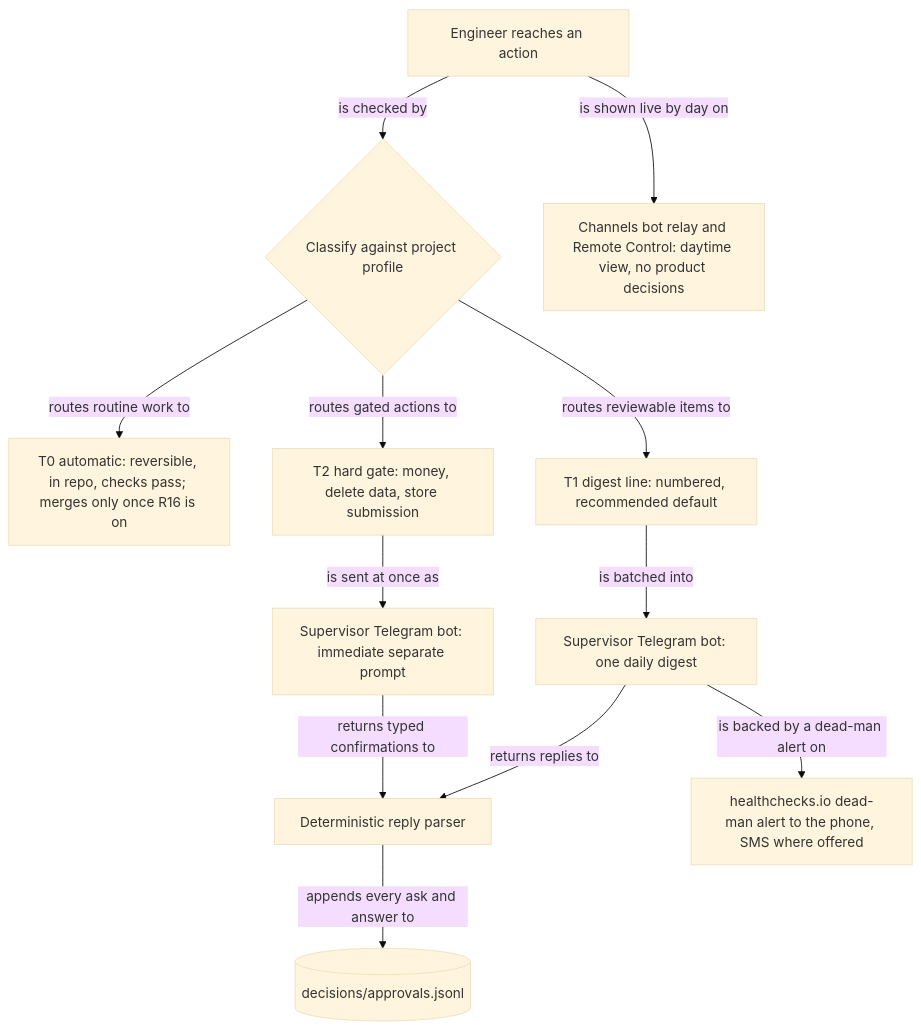
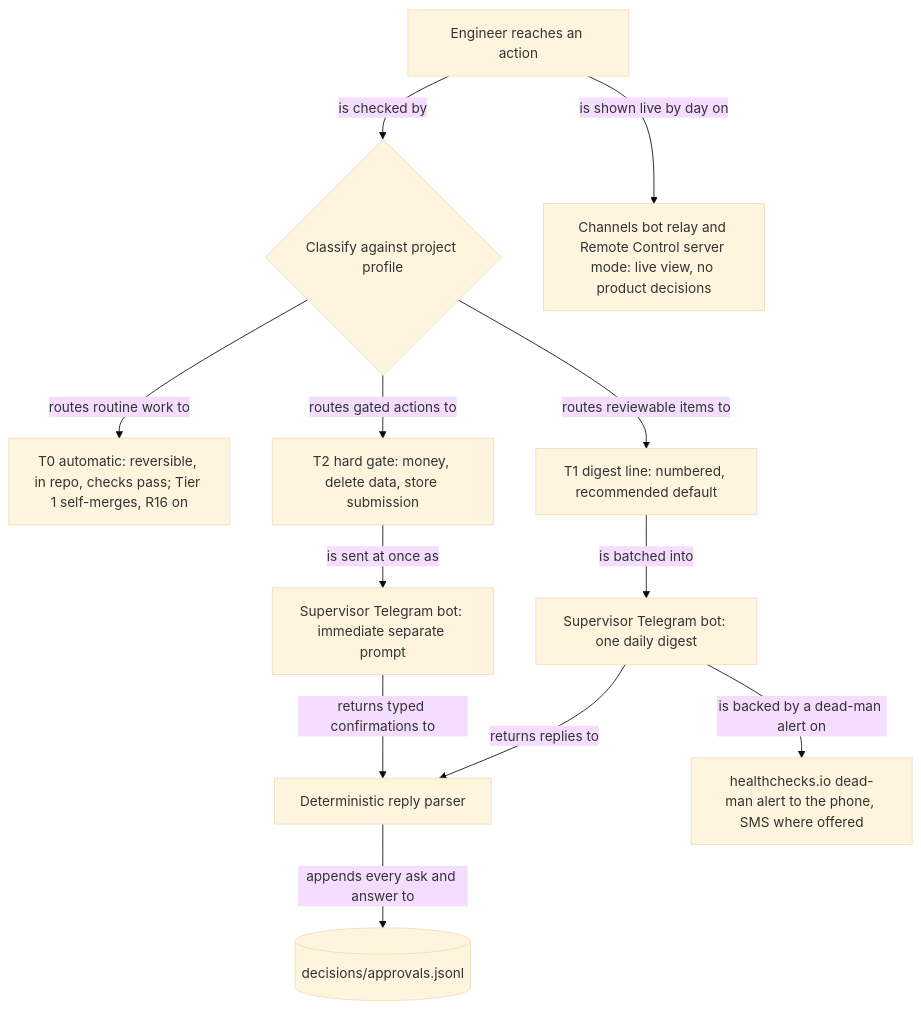
The diagram in docs/diagrams/engineer-approvals.mmd (jcallahanp/Autonomy-Research), drawn with Mermaid (base theme) before and after one commit. The commit also changed 21 other files, not shown here.

First line of the commit message:
Stage 1 task 1: blueprint, ADRs and diagrams updated to John's decisions

```diff
--- a/docs/diagrams/engineer-approvals.mmd
+++ b/docs/diagrams/engineer-approvals.mmd
@@ -1,24 +1,25 @@
 flowchart TD
   act[Engineer reaches an action]
   classify{Classify against project profile}
-  t0["T0 automatic: reversible, in repo, checks pass; merges only once R16 is on"]
+  t0["T0 automatic: reversible, in repo, checks pass; Tier 1 self-merges, R16 on"]
   t1[T1 digest line: numbered, recommended default]
   t2[T2 hard gate: money, delete data, store submission]
   digest[Supervisor Telegram bot: one daily digest]
   prompt[Supervisor Telegram bot: immediate separate prompt]
   parser[Deterministic reply parser]
   log[(decisions/approvals.jsonl)]
-  relay[Channels bot relay and Remote Control: daytime view, no product decisions]
+  relay[Channels bot relay and Remote Control server mode: live view, no product decisions]
   sms[healthchecks.io dead-man alert to the phone, SMS where offered]
 
   act -- "is checked by" --> classify
   classify -- "routes routine work to" --> t0
   classify -- "routes reviewable items to" --> t1
   classify -- "routes gated actions to" --> t2
   t1 -- "is batched into" --> digest
   t2 -- "is sent at once as" --> prompt
   digest -- "returns replies to" --> parser
   prompt -- "returns typed confirmations to" --> parser
   parser -- "appends every ask and answer to" --> log
   act -- "is shown live by day on" --> relay
   digest -- "is backed by a dead-man alert on" --> sms
+%% updated 2026-10-16, John's decision
```
